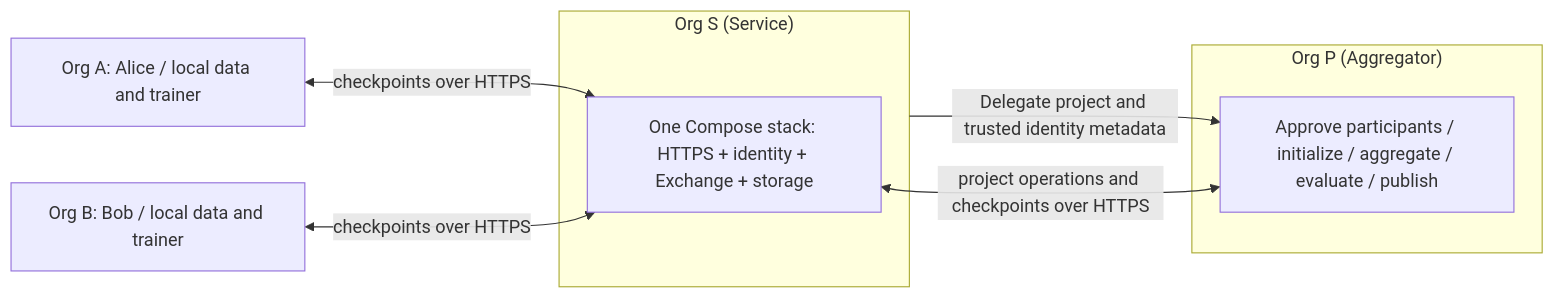
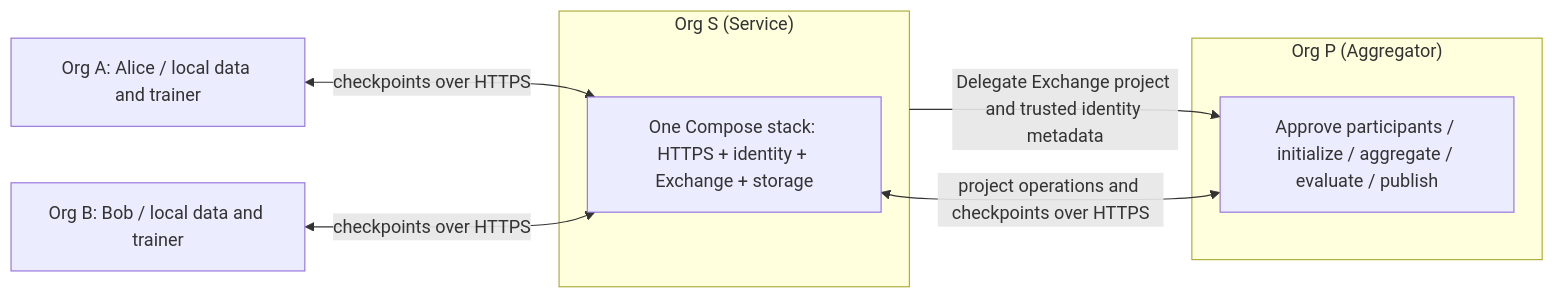
Before and after one commit to IsaacYangSLA/hf_fl: the diagram in examples/first_federation/README.md, drawn with Mermaid. The commit also changed other lines of this file and 288 other files, not shown here.

```diff
--- a/examples/first_federation/README.md
+++ b/examples/first_federation/README.md
@@ -34,13 +62,13 @@
 ~~~mermaid
 flowchart LR
     subgraph OrgS["Org S (Service)"]
         Stack["One Compose stack: HTTPS + identity + Exchange + storage"]
     end
     subgraph OrgP["Org P (Aggregator)"]
         Aggregator["Approve participants / initialize / aggregate / evaluate / publish"]
     end
-    OrgS -->|Delegate project and trusted identity metadata| Aggregator
+    OrgS -->|Delegate Exchange project and trusted identity metadata| Aggregator
     Aggregator <-->|project operations and checkpoints over HTTPS| Stack
     Alice["Org A: Alice / local data and trainer"] <-->|checkpoints over HTTPS| Stack
     Bob["Org B: Bob / local data and trainer"] <-->|checkpoints over HTTPS| Stack
 ~~~
```
